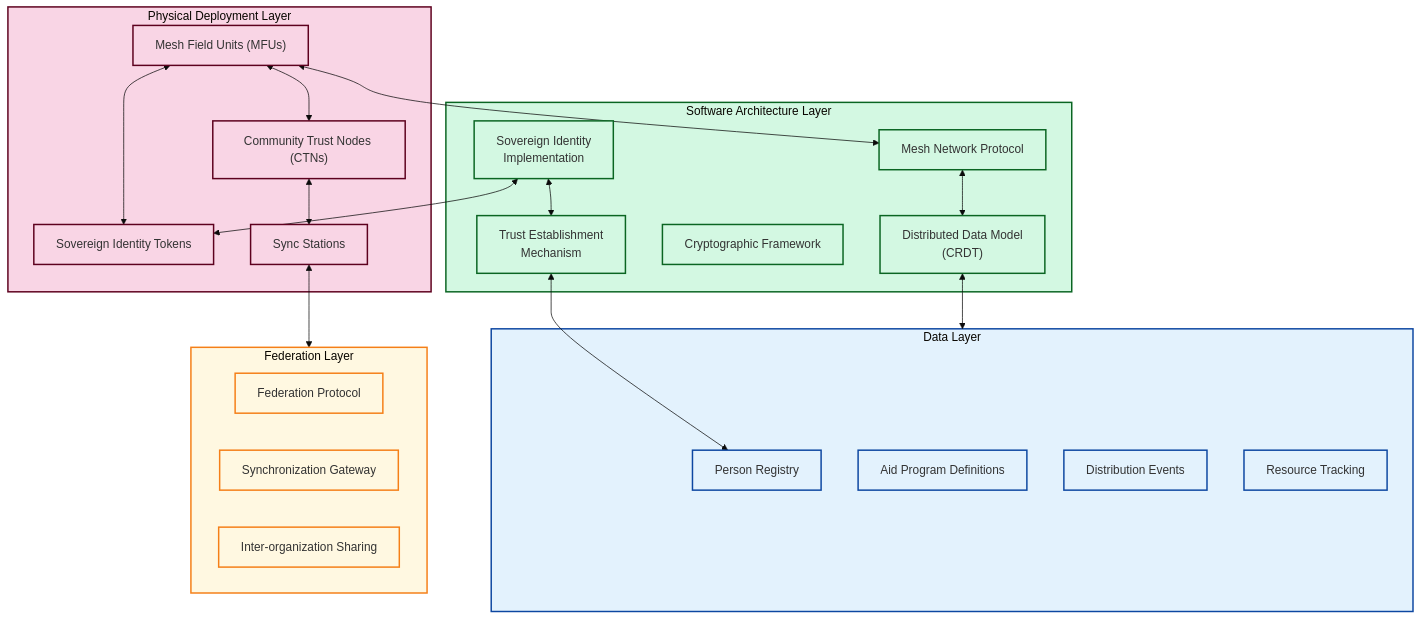
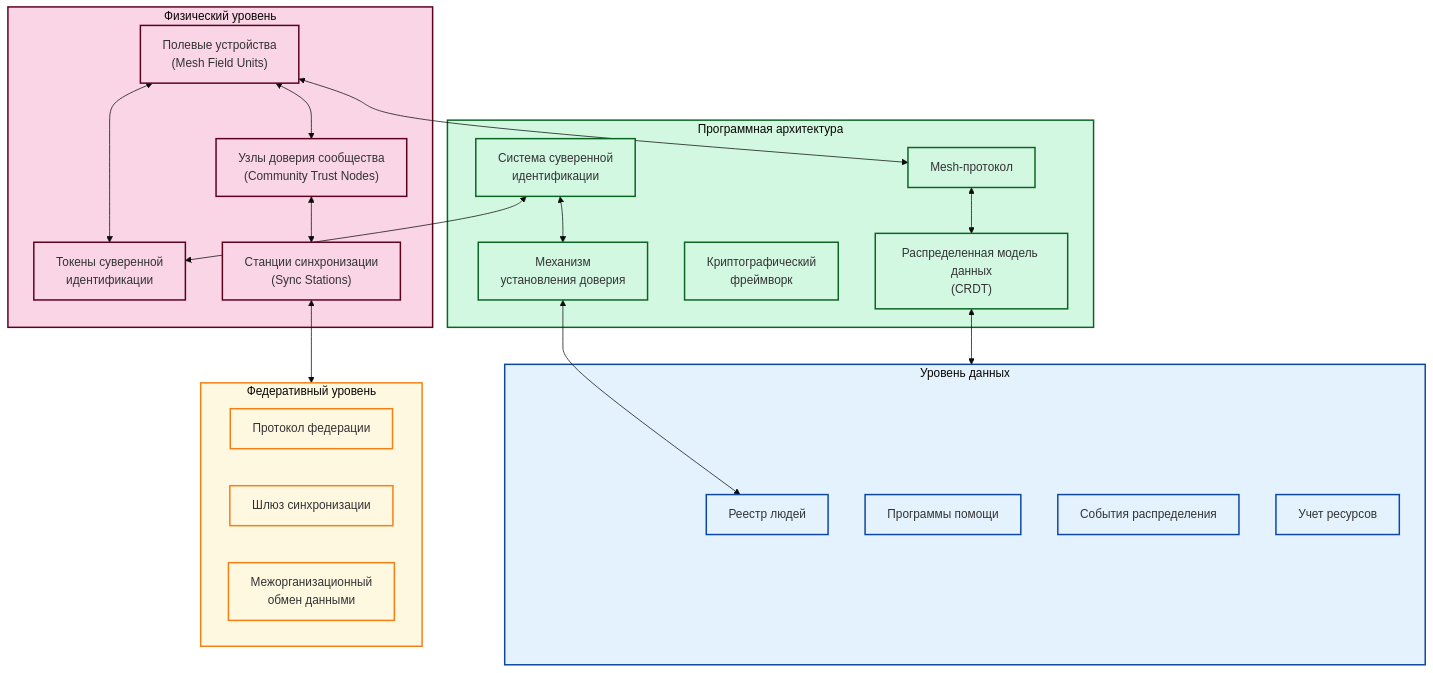
The first of 4 diagrams in Endterm/6 task/MESA_Humanitarian_Aid_System.md (Ablikon/Endterm), drawn with Mermaid (base theme) before and after one commit. The commit also changed other lines of this file, not shown here.

````diff
--- a/Endterm/6 task/MESA_Humanitarian_Aid_System.md
+++ b/Endterm/6 task/MESA_Humanitarian_Aid_System.md
@@ -751,56 +28,56 @@
 ```mermaid
 flowchart TD
-    subgraph PhysicalLayer["Physical Deployment Layer"]
-        MFU["Mesh Field Units (MFUs)"]
-        CTN["Community Trust Nodes (CTNs)"]
-        SIT["Sovereign Identity Tokens"]
-        SS["Sync Stations"]
+    subgraph PhysicalLayer["Физический уровень"]
+        MFU["Полевые устройства<br>(Mesh Field Units)"]
+        CTN["Узлы доверия сообщества<br>(Community Trust Nodes)"]
+        SIT["Токены суверенной<br>идентификации"]
+        SS["Станции синхронизации<br>(Sync Stations)"]
     end
     
-    subgraph SoftwareLayer["Software Architecture Layer"]
-        DDM["Distributed Data Model<br>(CRDT)"]
-        MNP["Mesh Network Protocol"]
-        CF["Cryptographic Framework"]
-        SII["Sovereign Identity<br>Implementation"]
-        TEM["Trust Establishment<br>Mechanism"]
+    subgraph SoftwareLayer["Программная архитектура"]
+        DDM["Распределенная модель данных<br>(CRDT)"]
+        MNP["Mesh-протокол"]
+        CF["Криптографический<br>фреймворк"]
+        SII["Система суверенной<br>идентификации"]
+        TEM["Механизм<br>установления доверия"]
     end
     
-    subgraph DataLayer["Data Layer"]
-        PR["Person Registry"]
-        APD["Aid Program Definitions"]
-        DE["Distribution Events"]
-        RT["Resource Tracking"]
+    subgraph DataLayer["Уровень данных"]
+        PR["Реестр людей"]
+        APD["Программы помощи"]
+        DE["События распределения"]
+        RT["Учет ресурсов"]
     end
     
-    subgraph FederationLayer["Federation Layer"]
-        FP["Federation Protocol"]
-        SG["Synchronization Gateway"]
-        IS["Inter-organization Sharing"]
+    subgraph FederationLayer["Федеративный уровень"]
+        FP["Протокол федерации"]
+        SG["Шлюз синхронизации"]
+        IS["Межорганизационный<br>обмен данными"]
     end
     
     %% Connections between components
     MFU <--> MNP
     MFU <--> SIT
     MFU <--> CTN
     CTN <--> SS
     SS <--> FederationLayer
     
     MNP <--> DDM
     DDM <--> DataLayer
     
     SII <--> SIT
     SII <--> TEM
     
     TEM <--> PR
     
     %% Styling
     classDef physical fill:#f9d5e5,stroke:#5d001e,stroke-width:2px
     classDef software fill:#d3f8e2,stroke:#0a6522,stroke-width:2px
     classDef data fill:#e3f2fd,stroke:#0d47a1,stroke-width:2px
     classDef federation fill:#fff8e1,stroke:#f57f17,stroke-width:2px
     
     class PhysicalLayer,MFU,CTN,SIT,SS physical
     class SoftwareLayer,DDM,MNP,CF,SII,TEM software
     class DataLayer,PR,APD,DE,RT data
     class FederationLayer,FP,SG,IS federation
 ```
````
